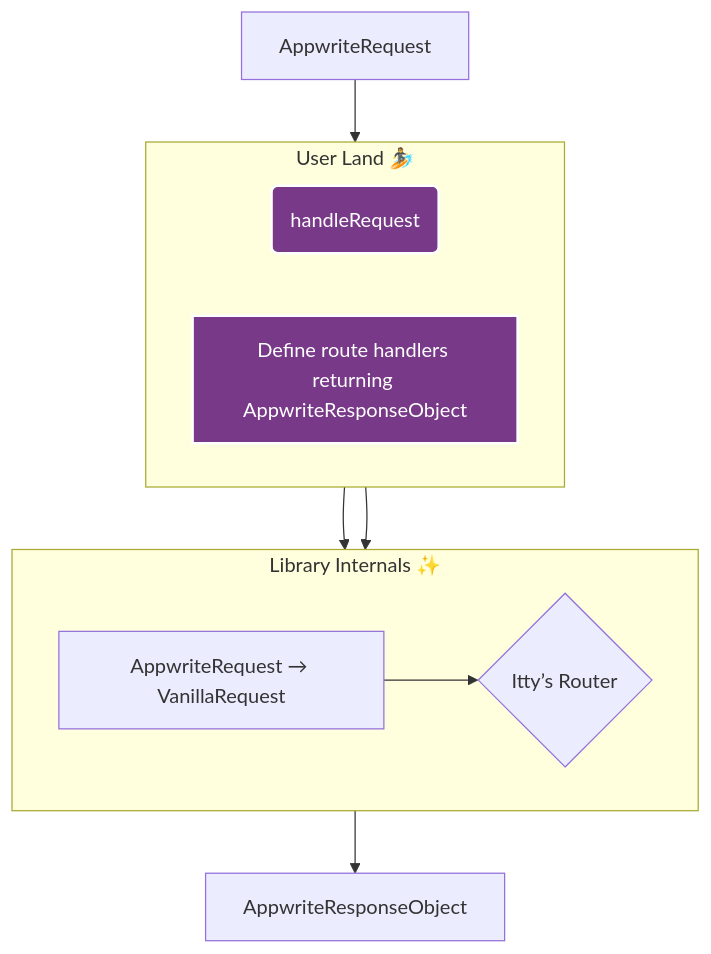
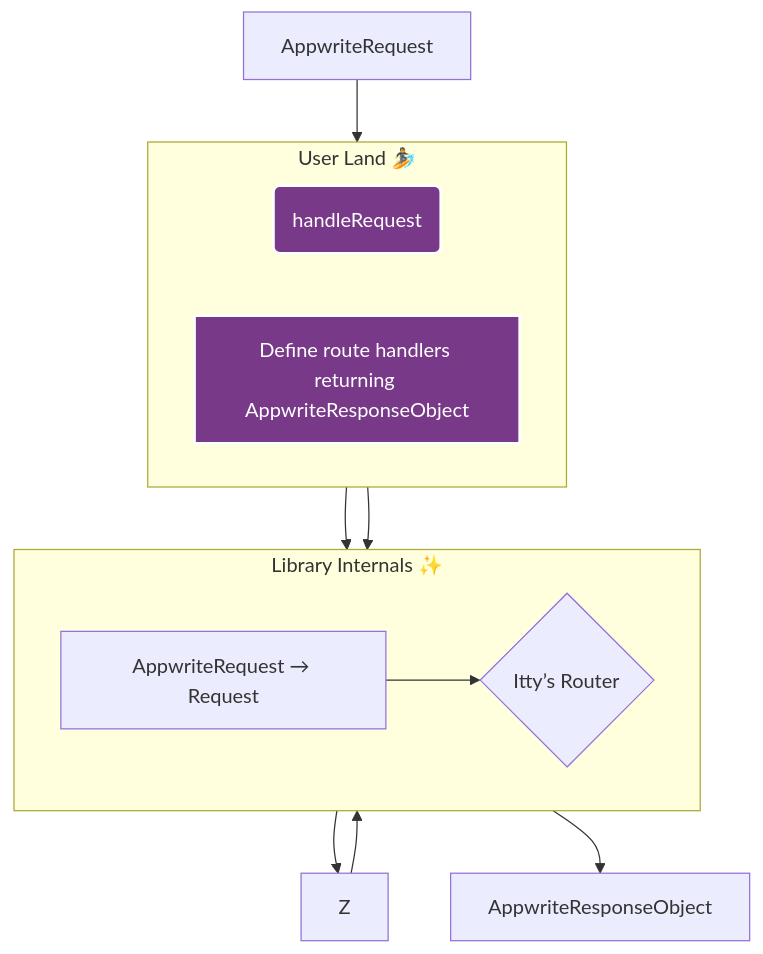
The diagram in doc/docs/usage/index.md (kaibun/appwrite-fn-router), drawn with Mermaid before and after one commit. The commit also changed other lines of this file and 28 other files, not shown here.

````diff
--- a/doc/docs/usage/index.md
+++ b/doc/docs/usage/index.md
@@ -15,23 +15,26 @@
 ```mermaid
-graph TD
-    subgraph "User Land 🏄"
+flowchart TD
+    subgraph SG1["User Land 🏄"]
         direction LR
         B("handleRequest");
         D["Define route handlers returning AppwriteResponseObject"];
     end
 
     subgraph "Library Internals ✨"
         direction LR
-        B_to_C["AppwriteRequest → VanillaRequest"];
+        B_to_C["AppwriteRequest → Request"];
         C{Itty’s Router};
     end
 
     A[AppwriteRequest] --> B;
     B --> B_to_C;
     B_to_C --> C;
+    B_to_C --> Z;
+    Z --> C;
     D --> C;
     C --> F[AppwriteResponseObject];
 
     style B fill:#783988,stroke:#fff,stroke-width:2px,color:#fff
     style D fill:#783988,stroke:#fff,stroke-width:2px,color:#fff
+    classDef styleSG1 fill:none,margin-bottom:50px
 ```
````
